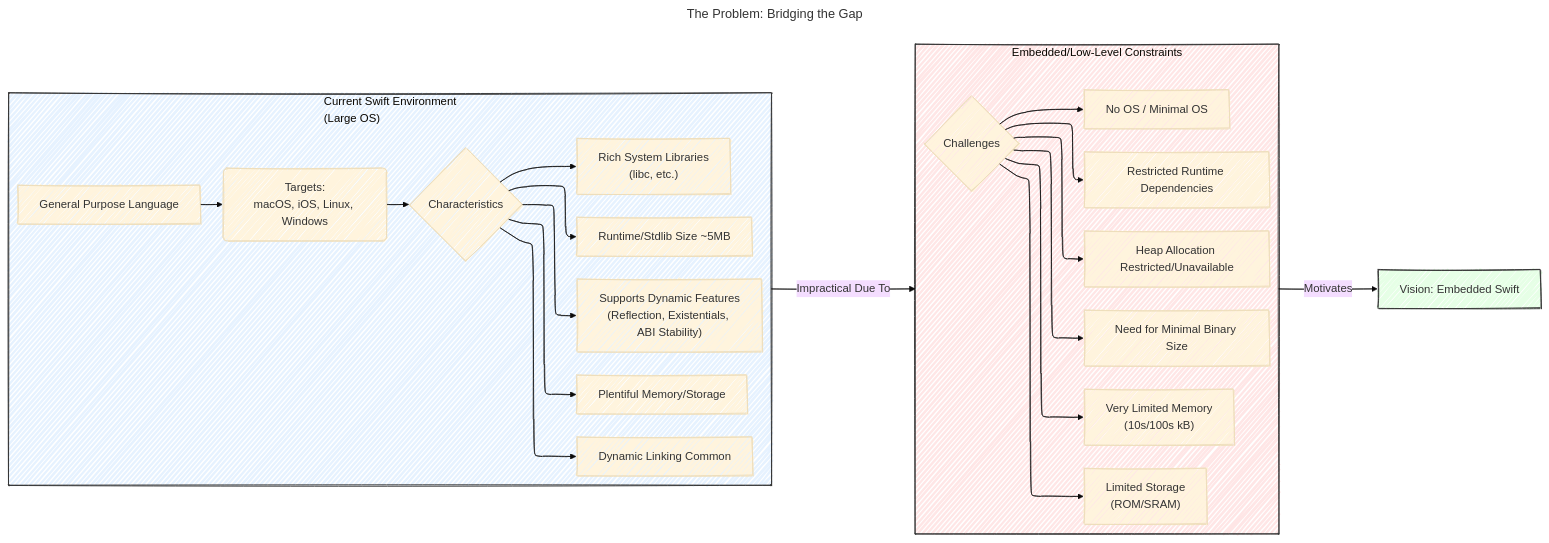
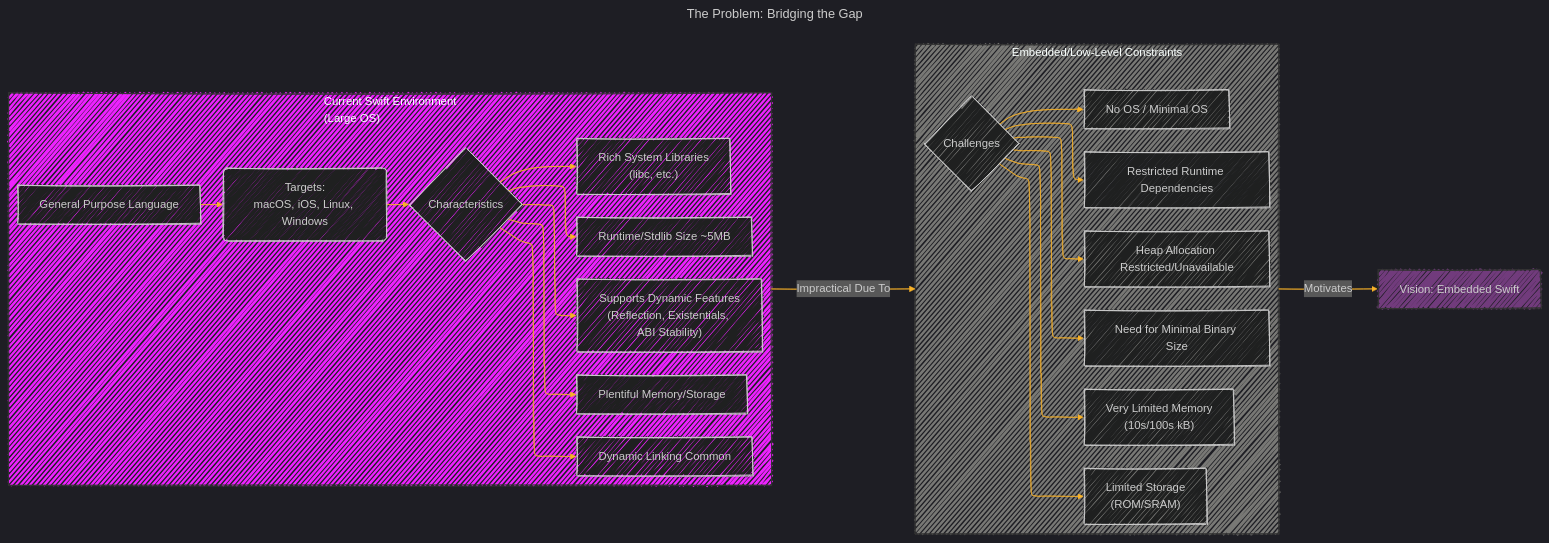
One commit to CongLeSolutionX/iOS-development-vault changed the first of 6 diagrams in SWIFT_EVOLUTION/VISIONS/A_Vision_for_Embedded_Swift.md. Above: the diagram before and after it, drawn with Mermaid. The commit also changed other lines of this file, not shown here.

Commit message:
update notes

````diff
--- a/SWIFT_EVOLUTION/VISIONS/A_Vision_for_Embedded_Swift.md
+++ b/SWIFT_EVOLUTION/VISIONS/A_Vision_for_Embedded_Swift.md
@@ -36,65 +36,60 @@
 ```mermaid
 ---
 title: "The Problem: Bridging the Gap"
 author: "Cong Le"
 version: "1.1"
 license(s): "MIT, CC BY 4.0"
 copyright: "Copyright (c) 2025 Cong Le. All Rights Reserved."
 config:
   layout: elk
   look: handDrawn
-  theme: base
+  theme: dark
 ---
 %%%%%%%% Mermaid version v11.4.1-b.14
 %%%%%%%% Retro Groove Palette Theme
 %%%%%%%% Available curve styles include: basis, bumpX, bumpY, cardinal, catmullRom, linear, monotoneX, monotoneY, natural, step, stepAfter, stepBefore.
 %%{
   init: {
     'graph': { 'htmlLabels': false, 'curve': 'linear' },
-    'fontFamily': "'Arial', sans-serif", /* Standard font for better base readability */
+    'fontFamily': 'Fantasy',
     'themeVariables': {
-      'primaryColor': '#FDF6E3',                   /* Creamy Beige (Node Background) */
-      'primaryTextColor': '#654321',               /* Dark Brown (Text Color) */
-      'primaryBorderColor': '#D69E2E',             /* Mustard Yellow (Border Color) */
-      'lineColor': '#B7791F',                       /* Darker Mustard/Brown (Arrow/Line Color) */
-      'secondaryColor': '#FBD38D',                 /* Lighter Mustard (Alt Node Background) */
-      'tertiaryColor': '#825718'                   /* Darkest Brown (Special Node Background) */
-      /* Other Palette Colors (Use with 'style'):
-         Avocado Green: #8FBC8F
-         Burnt Orange: #CC5500
-         Light Blue Gray: #A0AEC0
-         White: #FFFFFF */
+      'primaryColor': '#ffff',
+      'primaryTextColor': '#55ff',
+      'primaryBorderColor': '#7c2',
+      'lineColor': '#F8B229',
+      'secondaryColor': '#006100',
+      'tertiaryColor': '#fff'
     }
   }
 }%%
 graph LR
     subgraph Current_Swift["Current Swift Environment<br>(Large OS)"]
         direction LR
         A["General Purpose Language"] --> B("Targets:<br>macOS, iOS, Linux, Windows")
         B --> C{"Characteristics"}
         C --> C1["Plentiful Memory/Storage"]
         C --> C2["Dynamic Linking Common"]
         C --> C3["Rich System Libraries<br>(libc, etc.)"]
         C --> C4["Runtime/Stdlib Size ~5MB"]
         C --> C5["Supports Dynamic Features<br>(Reflection, Existentials, ABI Stability)"]
     end
 
     subgraph Embedded_Constraints["Embedded/Low-Level Constraints"]
         direction LR
         D{"Challenges"}
         D --> D1["Very Limited Memory<br>(10s/100s kB)"]
         D --> D2["Limited Storage<br>(ROM/SRAM)"]
         D --> D3["No OS / Minimal OS"]
         D --> D4["Restricted Runtime Dependencies"]
         D --> D5["Heap Allocation Restricted/Unavailable"]
         D --> D6["Need for Minimal Binary Size"]
     end
 
     Current_Swift -- Impractical Due To --> Embedded_Constraints
     Embedded_Constraints -- Motivates --> E[Vision: Embedded Swift]
 
-    style Current_Swift fill:#e6f2ff,stroke:#333
-    style Embedded_Constraints fill:#ffe6e6,stroke:#333
-    style E fill:#e6ffe6,stroke:#333
+    style Current_Swift fill:#e2ff,stroke:#333
+    style Embedded_Constraints fill:#ffe6,stroke:#333
+    style E fill:#e6f6,stroke:#333
     
 ```
````
